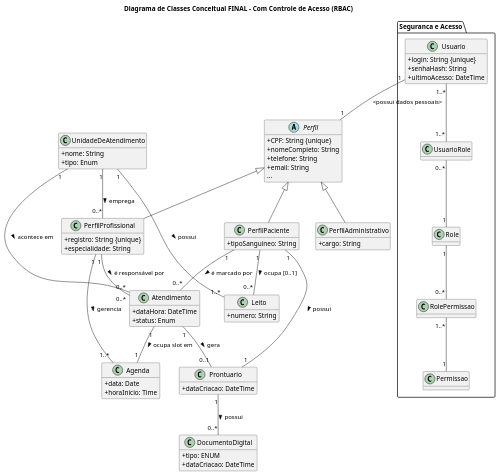
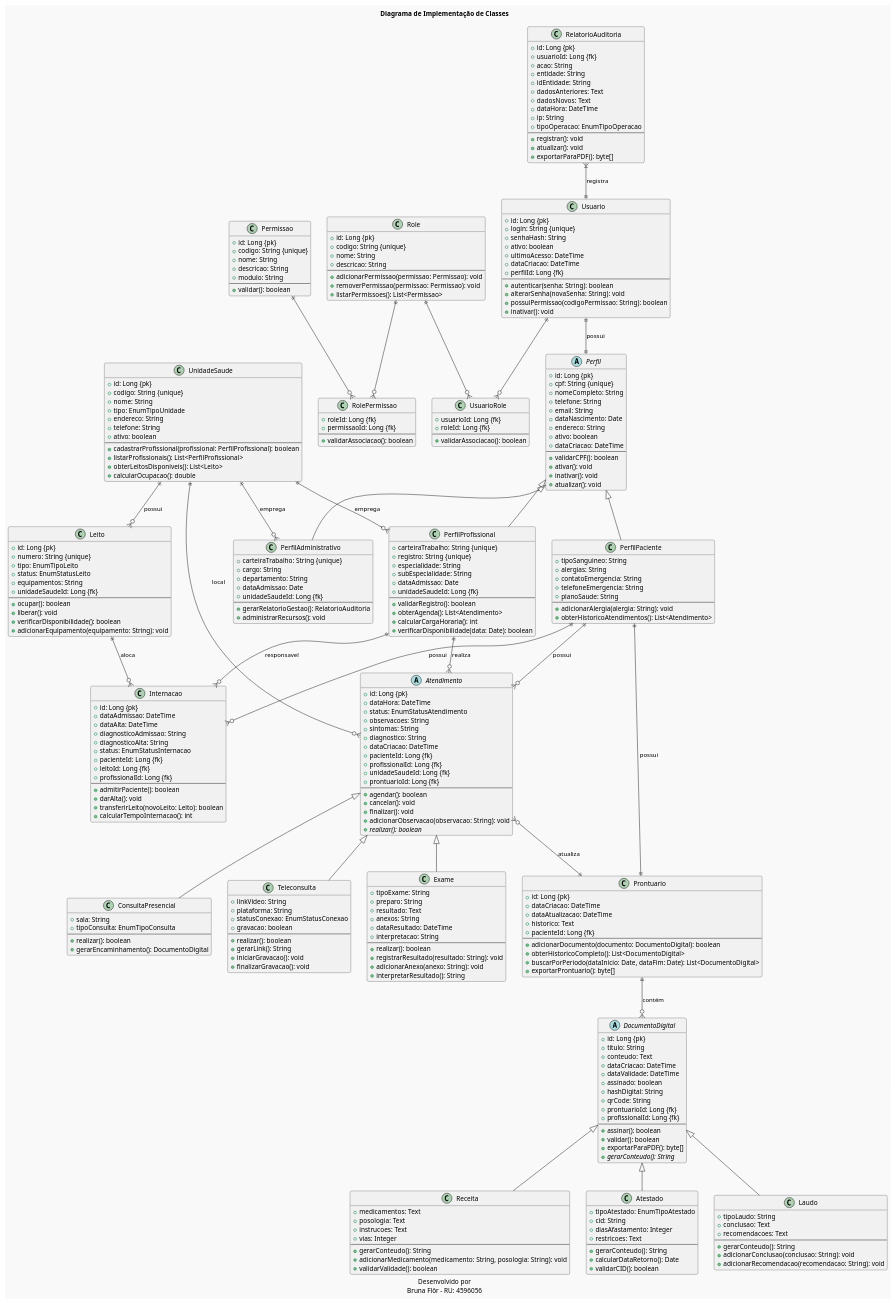
Before and after one commit to bruflor/uninter-SGHSS-projeto-engenharia-de-software: the diagram in docs/diagrams/class/diagrama-classes.puml, drawn with PlantUML.

Commit message:
Diagrama de classes

```diff
--- a/docs/diagrams/class/diagrama-classes.puml
+++ b/docs/diagrams/class/diagrama-classes.puml
@@ -1,123 +1,337 @@
-@startuml Diagrama_Classes_Sistema_Saude_FINAL_RBAC
+@startuml
 
-title Diagrama de Classes Conceitual FINAL - Com Controle de Acesso (RBAC)
+title Diagrama de Implementação de Classes
 
-hide methods
-skinparam classAttributeIconSize 0
+caption
+Desenvolvido por
+Bruna Flôr - RU: 4596056
+end caption
 
-' 1. CLASSES DE SEGURANÇA (RBAC)
+hide empty members
+!theme mars
 
-package "Seguranca e Acesso" {
-    class Usuario {
-      + login: String {unique}
-      + senhaHash: String
-      + ultimoAcesso: DateTime
-    }
-
-    class Role {
-      + nome: String {unique} (Ex: Medico, Admin, Lab)
-    }
-
-    class Permissao {
-      + nome: String {unique} (Ex: p_criar_prontuario, p_gerenciar_leitos)
-    }
-    
-    ' Tabelas de Junção
-    class UsuarioRole
-    class RolePermissao
-    
-    ' Relações de N para N
-    Usuario "1..*" -- "1..*" UsuarioRole
-    UsuarioRole "0..*" -- "1" Role
-    
-    Role "1" -- "0..*" RolePermissao
-    RolePermissao "1..*" -- "1" Permissao
+'  SEGURANÇA E ACESSO (RBAC)
+class Usuario {
+  + id: Long {pk}
+  + login: String {unique}
+  + senhaHash: String
+  + ativo: boolean
+  + ultimoAcesso: DateTime
+  + dataCriacao: DateTime
+  + perfilId: Long {fk}
+  --
+  + autenticar(senha: String): boolean
+  + alterarSenha(novaSenha: String): void
+  + possuiPermissao(codigoPermissao: String): boolean
+  + inativar(): void
 }
 
-' 2. CLASSES DE PERFIS E DADOS PESSOAIS
+class Role {
+  + id: Long {pk}
+  + codigo: String {unique}
+  + nome: String
+  + descricao: String
+  --
+  + adicionarPermissao(permissao: Permissao): void
+  + removerPermissao(permissao: Permissao): void
+  + listarPermissoes(): List<Permissao>
+}
 
+class Permissao {
+  + id: Long {pk}
+  + codigo: String {unique}
+  + nome: String
+  + descricao: String
+  + modulo: String
+  --
+  + validar(): boolean
+}
+
+'  TABELAS ASSOCIATIVAS
+class UsuarioRole {
+  + usuarioId: Long {fk}
+  + roleId: Long {fk}
+  --
+  + validarAssociacao(): boolean
+}
+
+class RolePermissao {
+  + roleId: Long {fk}
+  + permissaoId: Long {fk}
+  --
+  + validarAssociacao(): boolean
+}
+
+'  RELATÓRIO DE AUDITORIA
+class RelatorioAuditoria {
+  + id: Long {pk}
+  + usuarioId: Long {fk}
+  + acao: String
+  + entidade: String
+  + idEntidade: String
+  + dadosAnteriores: Text
+  + dadosNovos: Text
+  + dataHora: DateTime
+  + ip: String
+  + tipoOperacao: EnumTipoOperacao
+  --
+  + registrar(): void
+  + atualizar(): void
+  + exportarParaPDF(): byte[]
+}
+
+'  PERFIS
 abstract class Perfil {
-  + CPF: String {unique}
+  + id: Long {pk}
+  + cpf: String {unique}
   + nomeCompleto: String
   + telefone: String
   + email: String
-  ...
+  + dataNascimento: Date
+  + endereco: String
+  + ativo: boolean
+  + dataCriacao: DateTime
+  --
+  + validarCPF(): boolean
+  + ativar(): void
+  + inativar(): void
+  + atualizar(): void
 }
 
-class PerfilPaciente {
+class PerfilPaciente extends Perfil {
   + tipoSanguineo: String
+  + alergias: String
+  + contatoEmergencia: String
+  + telefoneEmergencia: String
+  + planoSaude: String
+  --
+  + adicionarAlergia(alergia: String): void
+  + obterHistoricoAtendimentos(): List<Atendimento>
 }
 
-class PerfilProfissional {
+class PerfilProfissional extends Perfil {
+  + carteiraTrabalho: String {unique}
   + registro: String {unique}
   + especialidade: String
+  + subEspecialidade: String
+  + dataAdmissao: Date
+  + unidadeSaudeId: Long {fk}
+  --
+  + validarRegistro(): boolean
+  + obterAgenda(): List<Atendimento>
+  + calcularCargaHoraria(): int
+  + verificarDisponibilidade(data: Date): boolean
 }
 
-class PerfilAdministrativo {
+class PerfilAdministrativo extends Perfil {
+  + carteiraTrabalho: String {unique}
   + cargo: String
+  + departamento: String
+  + dataAdmissao: Date
+  + unidadeSaudeId: Long {fk}
+  --
+  + gerarRelatorioGestao(): RelatorioAuditoria
+  + administrarRecursos(): void
 }
 
-' Hierarquia e Conexão com Segurança
-Perfil <|-- PerfilPaciente
-Perfil <|-- PerfilProfissional
-Perfil <|-- PerfilAdministrativo
-
-' A Conta de Acesso (Login) pertence a um Perfil específico
-Usuario "1" -- "1" Perfil : <possui dados pessoais>
-
-
-' 3. MÓDULO DE ATENDIMENTO E GESTÃO
-
-class UnidadeDeAtendimento {
+'  GESTÃO HOSPITALAR
+class UnidadeSaude {
+  + id: Long {pk}
+  + codigo: String {unique}
   + nome: String
-  + tipo: Enum
+  + tipo: EnumTipoUnidade
+  + endereco: String
+  + telefone: String
+  + ativo: boolean
+  --
+  + cadastrarProfissional(profissional: PerfilProfissional): boolean
+  + listarProfissionais(): List<PerfilProfissional>
+  + obterLeitosDisponiveis(): List<Leito>
+  + calcularOcupacao(): double
 }
 
-class Atendimento {
-  + dataHora: DateTime
-  + tipo: Enum (Consulta, Exame)
-  + status: Enum
+class Leito {
+  + id: Long {pk}
+  + numero: String {unique}
+  + tipo: EnumTipoLeito
+  + status: EnumStatusLeito
+  + equipamentos: String
+  + unidadeSaudeId: Long {fk}
+  --
+  + ocupar(): boolean
+  + liberar(): void
+  + verificarDisponibilidade(): boolean
+  + adicionarEquipamento(equipamento: String): void
 }
 
-class Agenda {
-  + data: Date
-  + horaInicio: Time
+class Internacao {
+  + id: Long {pk}
+  + dataAdmissao: DateTime
+  + dataAlta: DateTime
+  + diagnosticoAdmissao: String
+  + diagnosticoAlta: String
+  + status: EnumStatusInternacao
+  + pacienteId: Long {fk}
+  + leitoId: Long {fk}
+  + profissionalId: Long {fk}
+  --
+  + admitirPaciente(): boolean
+  + darAlta(): void
+  + transferirLeito(novoLeito: Leito): boolean
+  + calcularTempoInternacao(): int
+}
+
+'  ATENDIMENTO (CLASSE ABSTRATA)
+abstract class Atendimento {
+  + id: Long {pk}
+  + dataHora: DateTime
+  + status: EnumStatusAtendimento
+  + observacoes: String
+  + sintomas: String
+  + diagnostico: String
+  + dataCriacao: DateTime
+  + pacienteId: Long {fk}
+  + profissionalId: Long {fk}
+  + unidadeSaudeId: Long {fk}
+  + prontuarioId: Long {fk}
+  --
+  + agendar(): boolean
+  + cancelar(): void
+  + finalizar(): void
+  + adicionarObservacao(observacao: String): void
+  {abstract} + realizar(): boolean
+}
+
+class ConsultaPresencial extends Atendimento {
+  + sala: String
+  + tipoConsulta: EnumTipoConsulta
+  --
+  + realizar(): boolean
+  + gerarEncaminhamento(): DocumentoDigital
+}
+
+class Teleconsulta extends Atendimento {
+  + linkVideo: String
+  + plataforma: String
+  + statusConexao: EnumStatusConexao
+  + gravacao: boolean
+  --
+  + realizar(): boolean
+  + gerarLink(): String
+  + iniciarGravacao(): void
+  + finalizarGravacao(): void
+}
+
+class Exame extends Atendimento {
+  + tipoExame: String
+  + preparo: String
+  + resultado: Text
+  + anexos: String
+  + dataResultado: DateTime
+  + interpretacao: String
+  --
+  + realizar(): boolean
+  + registrarResultado(resultado: String): void
+  + adicionarAnexo(anexo: String): void
+  + interpretarResultado(): String
+}
+
+'  DOCUMENTOS DIGITAIS
+abstract class DocumentoDigital {
+  + id: Long {pk}
+  + titulo: String
+  + conteudo: Text
+  + dataCriacao: DateTime
+  + dataValidade: DateTime
+  + assinado: boolean
+  + hashDigital: String
+  + qrCode: String
+  + prontuarioId: Long {fk}
+  + profissionalId: Long {fk}
+  --
+  + assinar(): boolean
+  + validar(): boolean
+  + exportarParaPDF(): byte[]
+  {abstract} + gerarConteudo(): String
+}
+
+class Receita extends DocumentoDigital {
+  + medicamentos: Text
+  + posologia: Text
+  + instrucoes: Text
+  + vias: Integer
+  --
+  + gerarConteudo(): String
+  + adicionarMedicamento(medicamento: String, posologia: String): void
+  + validarValidade(): boolean
+}
+
+class Atestado extends DocumentoDigital {
+  + tipoAtestado: EnumTipoAtestado
+  + cid: String
+  + diasAfastamento: Integer
+  + restricoes: Text
+  --
+  + gerarConteudo(): String
+  + calcularDataRetorno(): Date
+  + validarCID(): boolean
+}
+
+class Laudo extends DocumentoDigital {
+  + tipoLaudo: String
+  + conclusao: Text
+  + recomendacoes: Text
+  --
+  + gerarConteudo(): String
+  + adicionarConclusao(conclusao: String): void
+  + adicionarRecomendacao(recomendacao: String): void
 }
 
 class Prontuario {
+  + id: Long {pk}
   + dataCriacao: DateTime
+  + dataAtualizacao: DateTime
+  + historico: Text
+  + pacienteId: Long {fk}
+  --
+  + adicionarDocumento(documento: DocumentoDigital): boolean
+  + obterHistoricoCompleto(): List<DocumentoDigital>
+  + buscarPorPeriodo(dataInicio: Date, dataFim: Date): List<DocumentoDigital>
+  + exportarProntuario(): byte[]
 }
 
-class DocumentoDigital {
-  + tipo: ENUM
-  + dataCriacao: DateTime
-}
+'  RELACIONAMENTOS
 
-class Leito {
-  + numero: String
-}
+' RBAC
+Usuario ||--o{ UsuarioRole
+Role ||--o{ UsuarioRole
+Role ||--o{ RolePermissao
+Permissao ||--o{ RolePermissao
 
-' RELACIONAMENTOS CHAVE (Funcionais)
+' Segurança-Perfil
+Usuario ||--|| Perfil : possui
 
-' Evento de Atendimento
-PerfilPaciente "1" -- "0..*" Atendimento : é marcado por >
-PerfilProfissional "1" -- "0..*" Atendimento : é responsável por >
+' Organizacionais
+UnidadeSaude ||--o{ Leito : possui
+UnidadeSaude ||--o{ PerfilProfissional : emprega
+UnidadeSaude ||--o{ PerfilAdministrativo : emprega
 
-' Organização
-UnidadeDeAtendimento "1" -- "0..*" PerfilProfissional : emprega >
-UnidadeDeAtendimento "1" -- "0..*" Atendimento : acontece em >
-UnidadeDeAtendimento "1" -- "1..*" Leito : possui >
-
-' Agenda
-PerfilProfissional "1" -- "1..*" Agenda : gerencia >
-Atendimento "1" -- "1" Agenda : ocupa slot em >
-
-' Prontuário e Documentação
-PerfilPaciente "1" -- "1" Prontuario : possui >
-Atendimento "1" -- "0..1" Prontuario : gera >
-Prontuario "1" -- "0..*" DocumentoDigital : possui >
+' Atendimento
+PerfilPaciente ||--o{ Atendimento : possui
+PerfilProfissional ||--o{ Atendimento : realiza
+UnidadeSaude ||--o{ Atendimento : local
 
 ' Internação
-PerfilPaciente "1" -- "0..*" Leito : ocupa [0..1] >
+PerfilPaciente ||--o{ Internacao : possui
+Leito ||--o{ Internacao : aloca
+PerfilProfissional ||--o{ Internacao : responsavel
+
+' Documentação
+PerfilPaciente ||--|| Prontuario : possui
+Atendimento }o--|| Prontuario : atualiza
+Prontuario ||--o{ DocumentoDigital : contém
+
+' Auditoria
+RelatorioAuditoria }|--|| Usuario : registra
 
 @enduml
```
